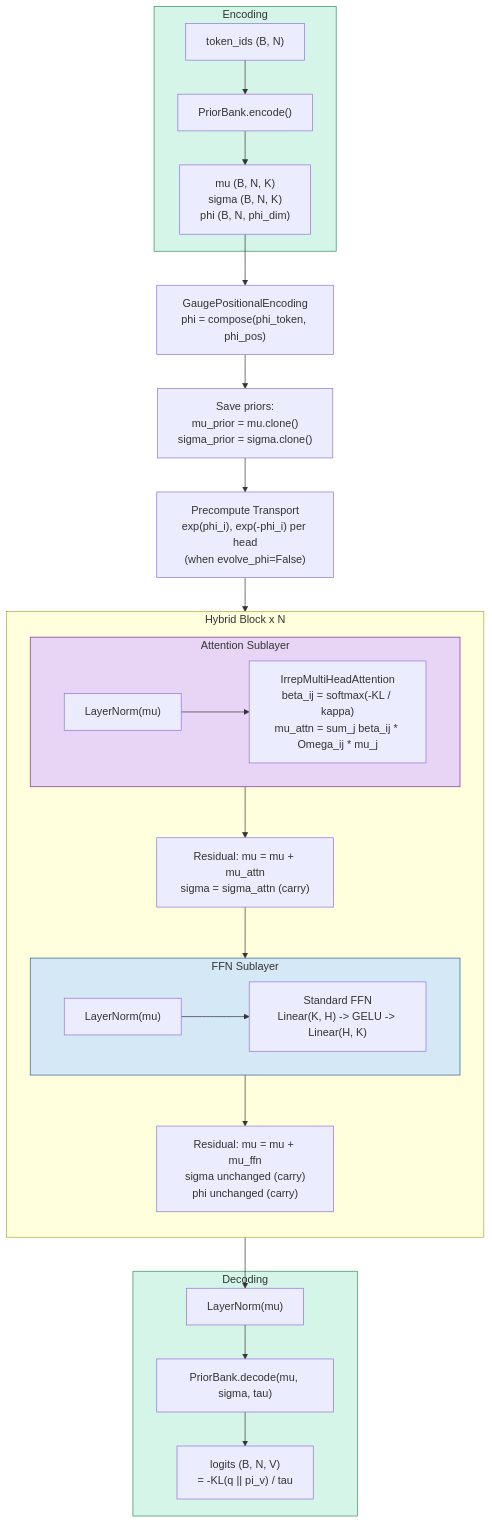
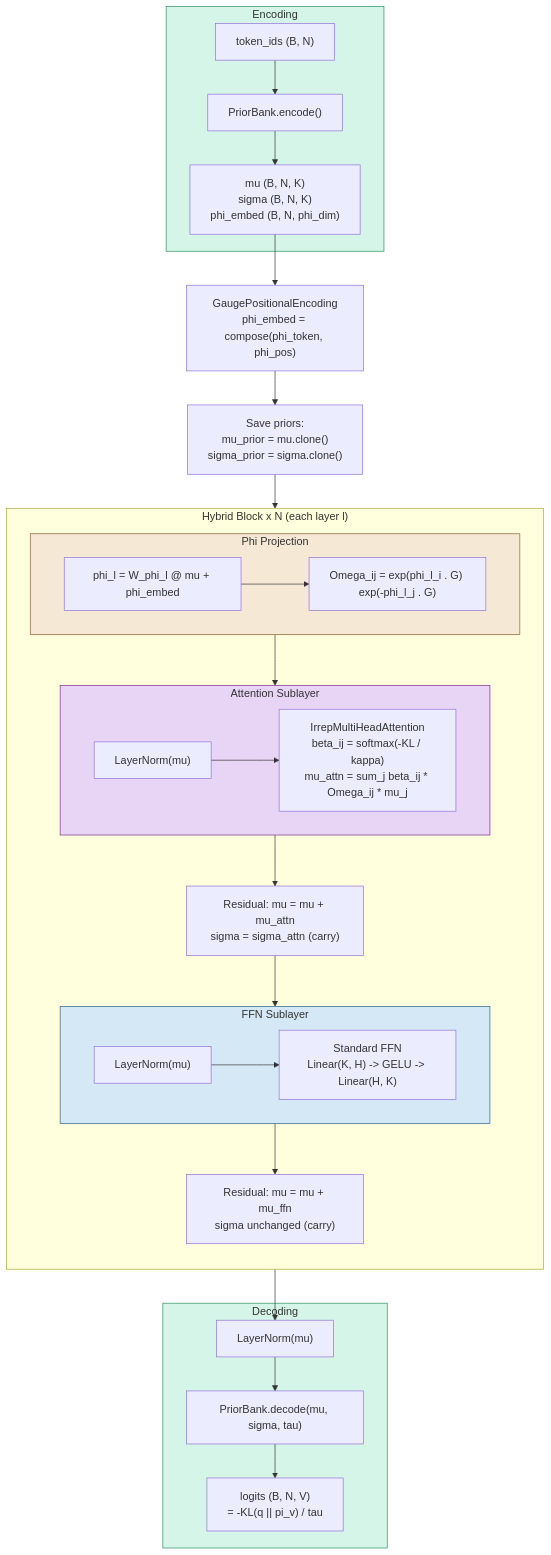
Before and after one commit to cdenn016/V1_Transformer: the diagram in docs/hybrid_gauge_transformer.md, drawn with Mermaid. The commit also changed other lines of this file, not shown here.

First line of the commit message:
Add per-layer phi projection to hybrid architecture doc

````diff
--- a/docs/hybrid_gauge_transformer.md
+++ b/docs/hybrid_gauge_transformer.md
@@ -21,42 +41,47 @@
 ```mermaid
 flowchart TD
     subgraph Encode["Encoding"]
         A["token_ids (B, N)"] --> B["PriorBank.encode()"]
-        B --> C["mu (B, N, K)<br/>sigma (B, N, K)<br/>phi (B, N, phi_dim)"]
+        B --> C["mu (B, N, K)<br/>sigma (B, N, K)<br/>phi_embed (B, N, phi_dim)"]
     end
 
-    C --> D["GaugePositionalEncoding<br/>phi = compose(phi_token, phi_pos)"]
+    C --> D["GaugePositionalEncoding<br/>phi_embed = compose(phi_token, phi_pos)"]
     D --> E["Save priors:<br/>mu_prior = mu.clone()<br/>sigma_prior = sigma.clone()"]
 
-    E --> F["Precompute Transport<br/>exp(phi_i), exp(-phi_i) per head<br/>(when evolve_phi=False)"]
+    E --> G
 
-    F --> G
+    subgraph G["Hybrid Block x N (each layer l)"]
+        direction TB
+        subgraph PhiProj["Phi Projection"]
+            P1["phi_l = W_phi_l @ mu + phi_embed"]
+            P1 --> P2["Omega_ij = exp(phi_l_i . G) exp(-phi_l_j . G)"]
+        end
 
-    subgraph G["Hybrid Block x N"]
-        direction TB
         subgraph Attn["Attention Sublayer"]
             G1["LayerNorm(mu)"] --> G2
             G2["IrrepMultiHeadAttention<br/>beta_ij = softmax(-KL / kappa)<br/>mu_attn = sum_j beta_ij * Omega_ij * mu_j"]
         end
 
         subgraph FFN["FFN Sublayer"]
             G3["LayerNorm(mu)"] --> G4["Standard FFN<br/>Linear(K, H) -> GELU -> Linear(H, K)"]
         end
 
+        PhiProj --> Attn
         Attn --> R1["Residual: mu = mu + mu_attn<br/>sigma = sigma_attn (carry)"]
         R1 --> FFN
-        FFN --> R2["Residual: mu = mu + mu_ffn<br/>sigma unchanged (carry)<br/>phi unchanged (carry)"]
+        FFN --> R2["Residual: mu = mu + mu_ffn<br/>sigma unchanged (carry)"]
     end
 
     G --> H["LayerNorm(mu)"]
     
     subgraph Decode["Decoding"]
         H --> I["PriorBank.decode(mu, sigma, tau)"]
         I --> J["logits (B, N, V)<br/>= -KL(q || pi_v) / tau"]
     end
 
+    style PhiProj fill:#f5e8d5,stroke:#8e5e2d
     style Attn fill:#e8d5f5,stroke:#7b2d8e
     style FFN fill:#d5e8f5,stroke:#2d5e8e
     style Encode fill:#d5f5e8,stroke:#2d8e5e
     style Decode fill:#d5f5e8,stroke:#2d8e5e
 ```
````
